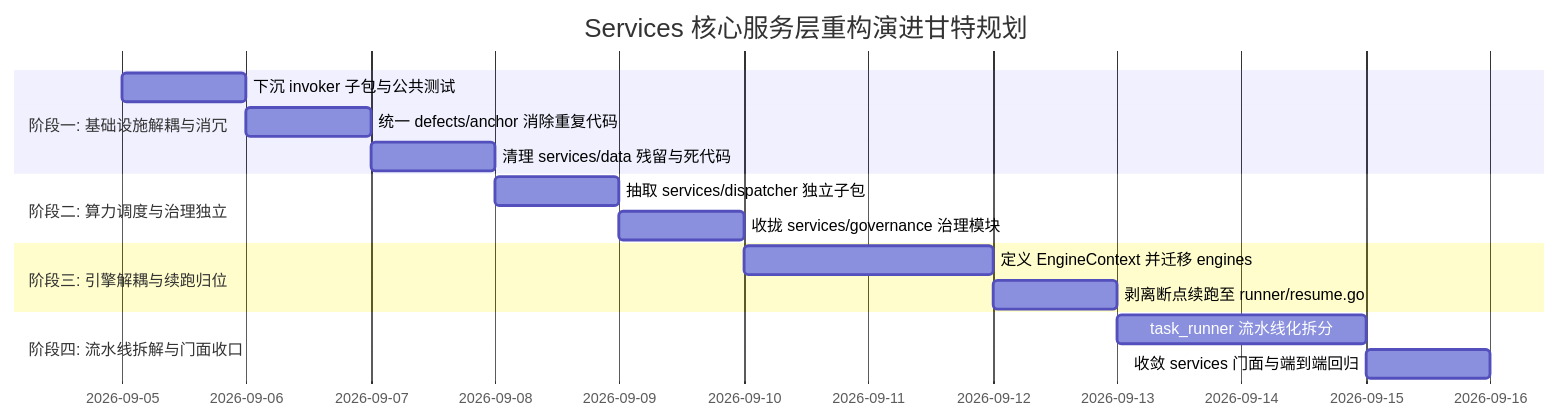
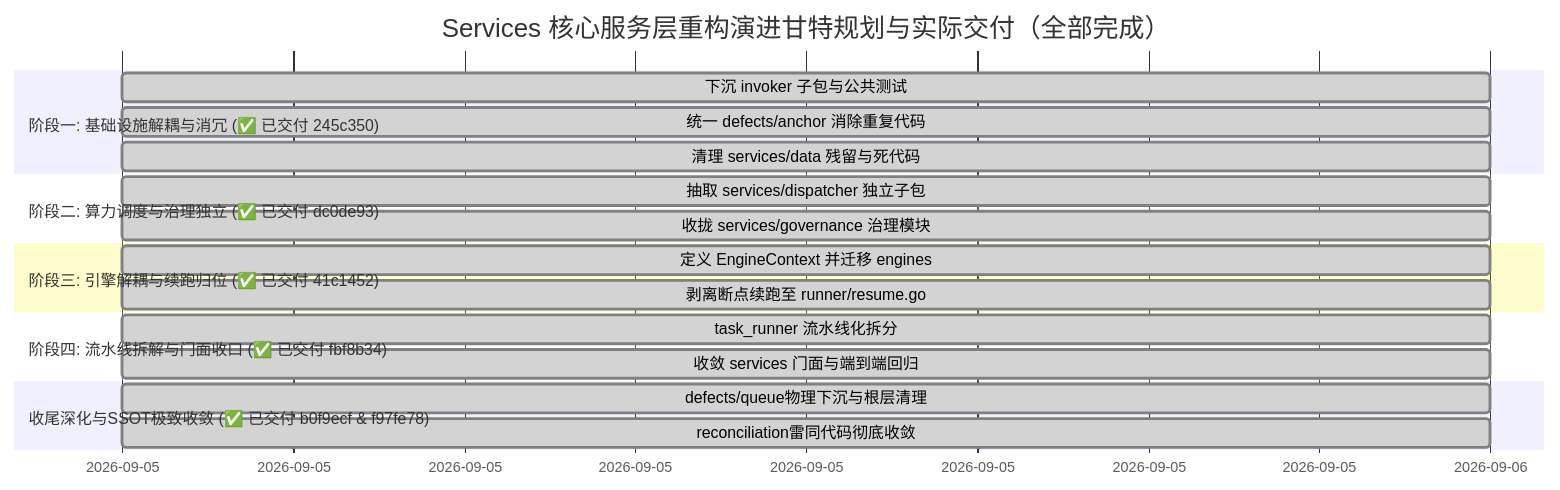
One commit to fugui/code-shield changed the diagram in docs/services-modular-architecture/03-分阶段平滑演进路线图与安全落地实施方案.md. Above: the diagram before and after it, drawn with Mermaid. The commit also changed other lines of this file and 5 other files, not shown here.

````diff
--- a/docs/services-modular-architecture/03-分阶段平滑演进路线图与安全落地实施方案.md
+++ b/docs/services-modular-architecture/03-分阶段平滑演进路线图与安全落地实施方案.md
@@ -16,18 +19,21 @@
 ```mermaid
 gantt
-    title Services 核心服务层重构演进甘特规划
+    title Services 核心服务层重构演进甘特规划与实际交付（全部完成）
     dateFormat  YYYY-MM-DD
-    section 阶段一: 基础设施解耦与消冗
-    下沉 invoker 子包与公共测试       :p1_1, 2026-09-05, 1d
-    统一 defects/anchor 消除重复代码   :p1_2, after p1_1, 1d
-    清理 services/data 残留与死代码   :p1_3, after p1_2, 0.5d
-    section 阶段二: 算力调度与治理独立
-    抽取 services/dispatcher 独立子包 :p2_1, after p1_3, 1d
-    收拢 services/governance 治理模块 :p2_2, after p2_1, 1d
-    section 阶段三: 引擎解耦与续跑归位
-    定义 EngineContext 并迁移 engines:p3_1, after p2_2, 1.5d
-    剥离断点续跑至 runner/resume.go   :p3_2, after p3_1, 1d
-    section 阶段四: 流水线拆解与门面收口
-    task_runner 流水线化拆分         :p4_1, after p3_2, 1.5d
-    收敛 services 门面与端到端回归     :p4_2, after p4_1, 1d
+    section 阶段一: 基础设施解耦与消冗 (✅ 已交付 245c350)
+    下沉 invoker 子包与公共测试       :done, p1_1, 2026-09-05, 1d
+    统一 defects/anchor 消除重复代码   :done, p1_2, 2026-09-05, 1d
+    清理 services/data 残留与死代码   :done, p1_3, 2026-09-05, 1d
+    section 阶段二: 算力调度与治理独立 (✅ 已交付 dc0de93)
+    抽取 services/dispatcher 独立子包 :done, p2_1, 2026-09-05, 1d
+    收拢 services/governance 治理模块 :done, p2_2, 2026-09-05, 1d
+    section 阶段三: 引擎解耦与续跑归位 (✅ 已交付 41c1452)
+    定义 EngineContext 并迁移 engines:done, p3_1, 2026-09-05, 1d
+    剥离断点续跑至 runner/resume.go   :done, p3_2, 2026-09-05, 1d
+    section 阶段四: 流水线拆解与门面收口 (✅ 已交付 fbf8b34)
+    task_runner 流水线化拆分         :done, p4_1, 2026-09-05, 1d
+    收敛 services 门面与端到端回归     :done, p4_2, 2026-09-05, 1d
+    section 收尾深化与SSOT极致收敛 (✅ 已交付 b0f9ecf & f97fe78)
+    defects/queue物理下沉与根层清理    :done, p5_1, 2026-09-05, 1d
+    reconciliation雷同代码彻底收敛    :done, p5_2, 2026-09-05, 1d
 ```
````
